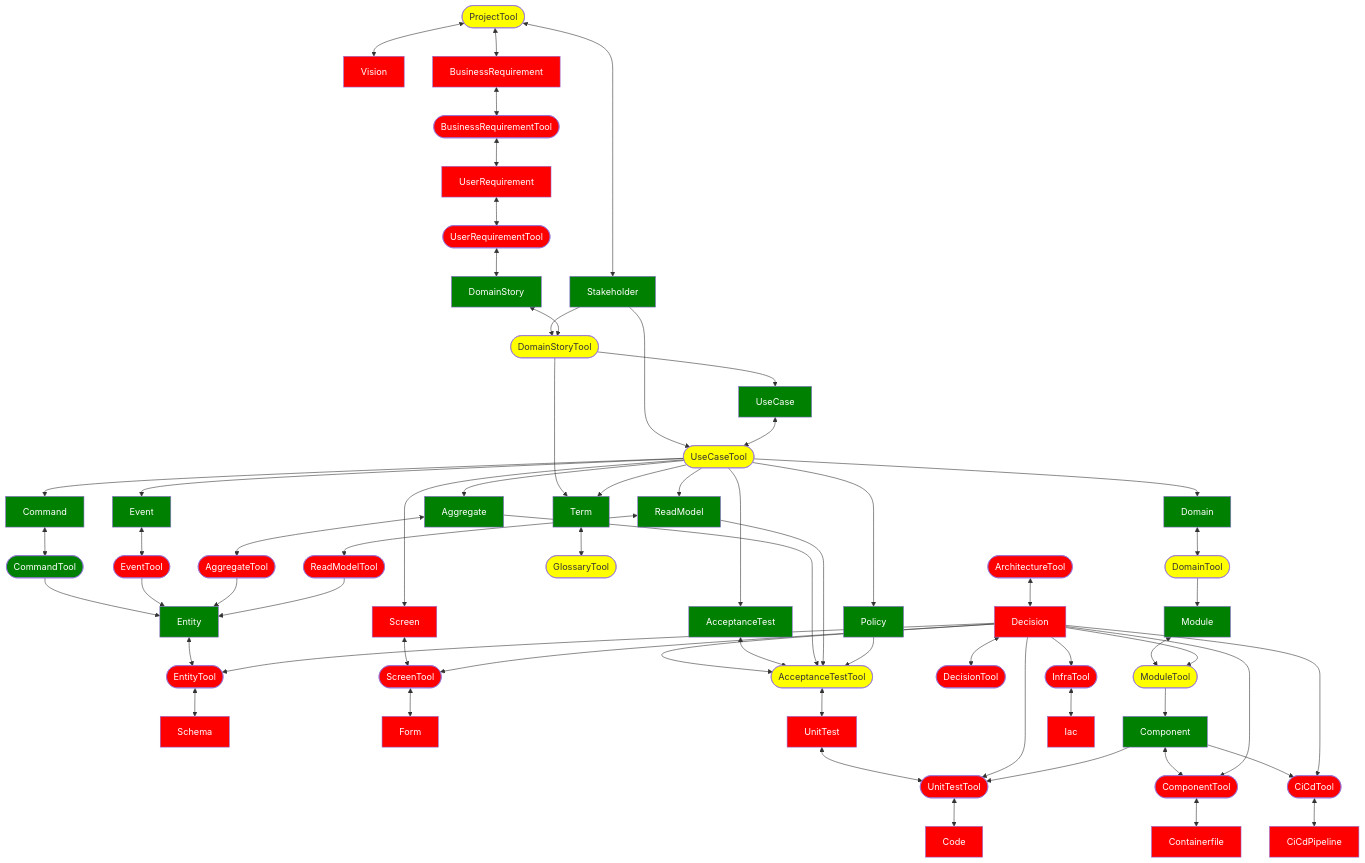
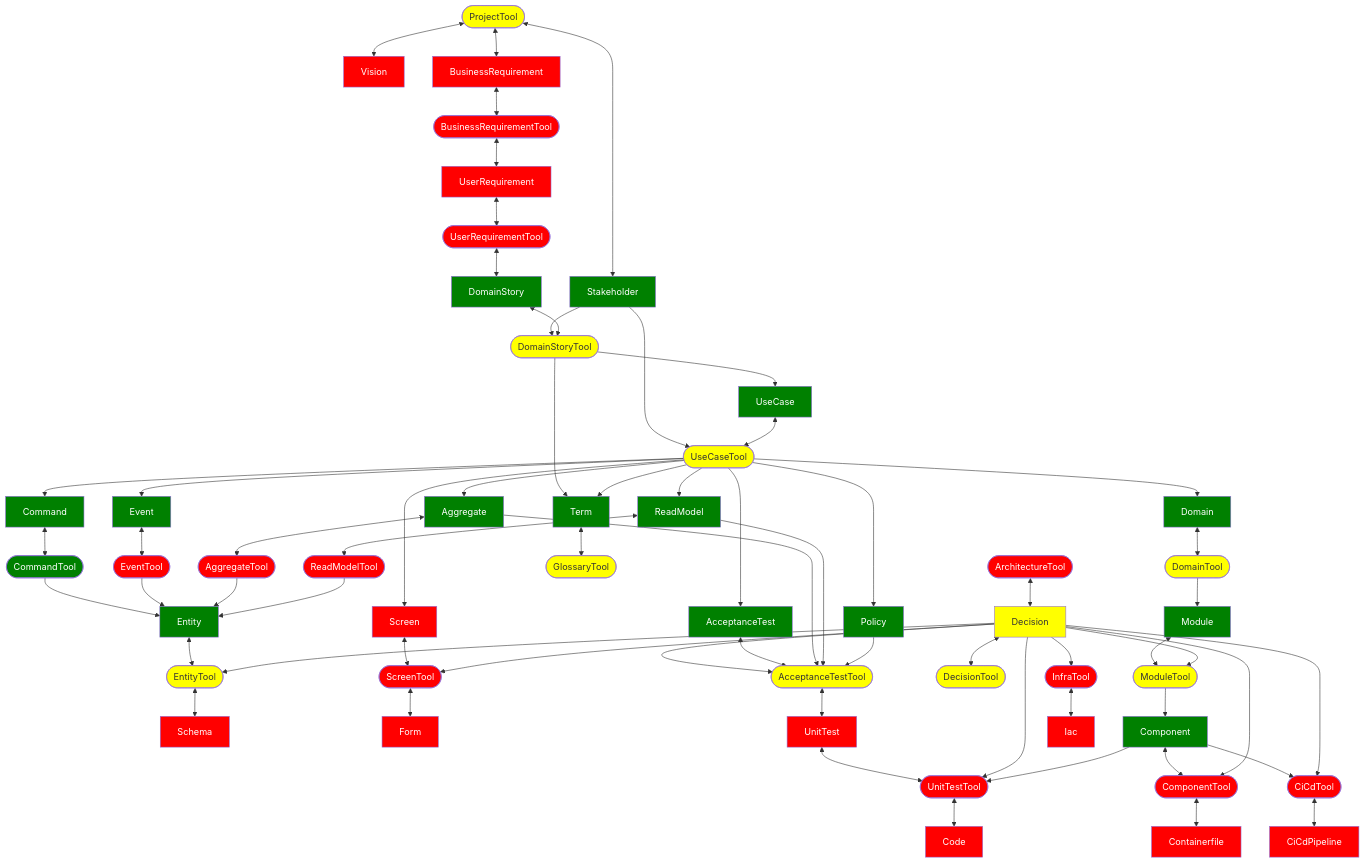
Before and after one commit to setms/sew: the second of 2 diagrams in swe/src/main/ideas/tools.md, drawn with Mermaid. The commit also changed 1 other file, not shown here.

Commit message:
Update to current state

```diff
--- a/swe/src/main/ideas/tools.md
+++ b/swe/src/main/ideas/tools.md
@@ -173,8 +173,8 @@
     class Module done;
     class AcceptanceTest done;
     class Entity done;
-    class Decision todo;
-    class EntityTool todo;
+    class Decision wip;
+    class EntityTool wip;
     class Schema todo;
     class ModuleTool wip;
     class Component done;
@@ -186,7 +186,7 @@
     class CiCdPipeline todo;
     class Term done;
     class GlossaryTool wip;
-    class DecisionTool todo;
+    class DecisionTool wip;
     class ComponentTool todo;
     class ArchitectureTool todo;
     class Screen todo;
```
